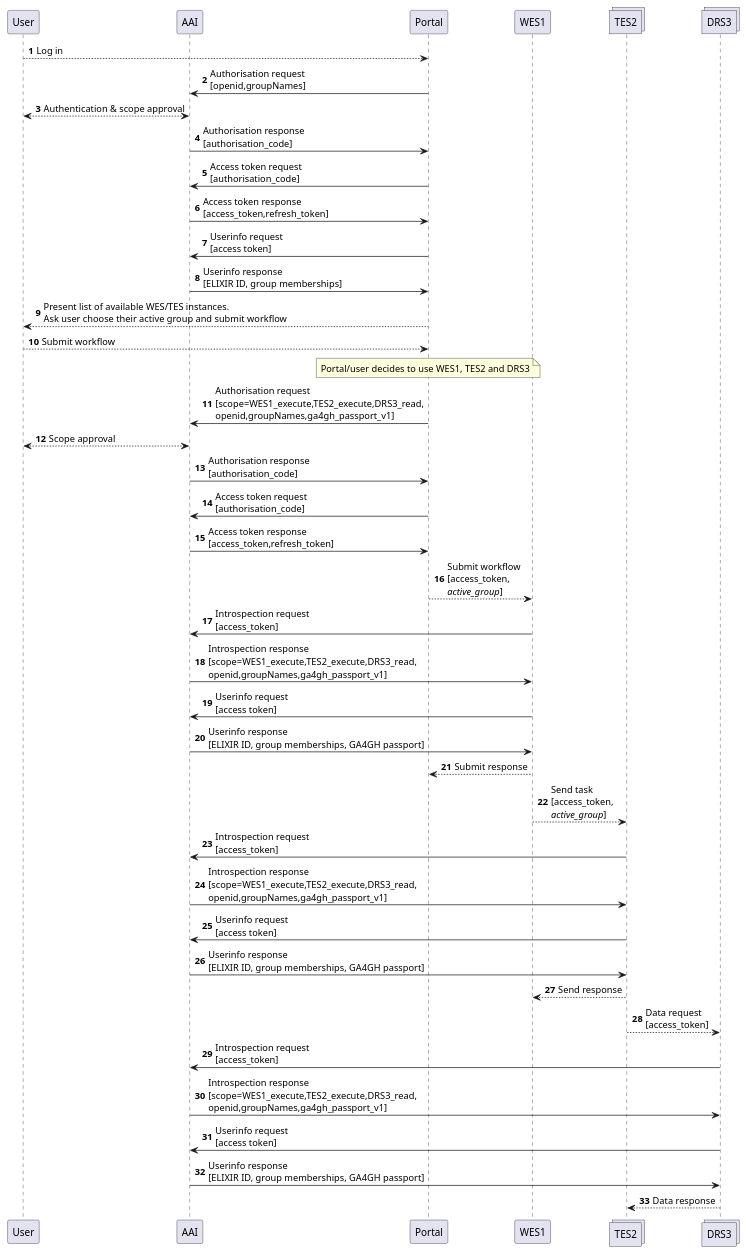
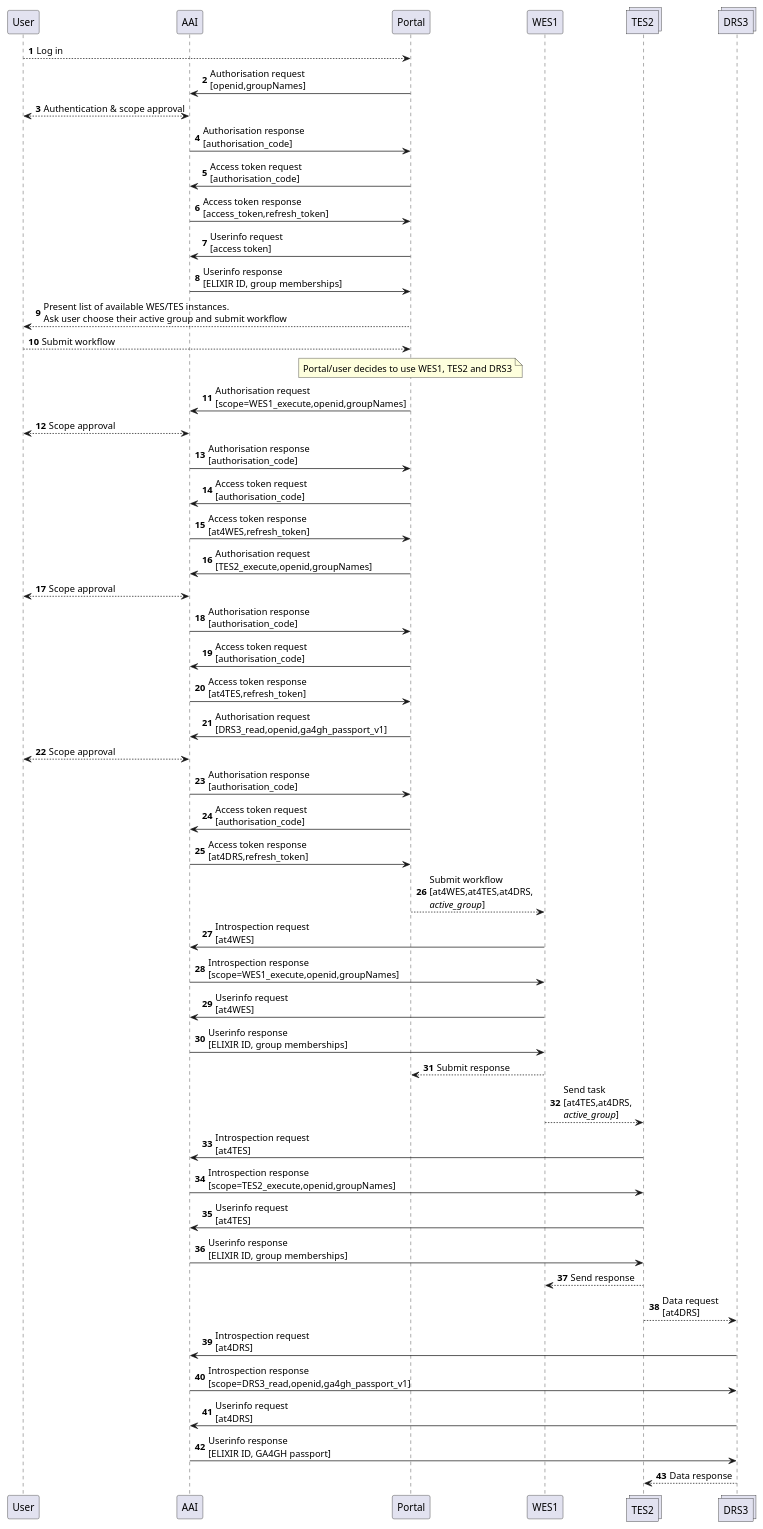
One commit to elixir-cloud-aai/elixir-aai-guidelines changed the third of 3 diagrams in guidelines.md. Above: the diagram before and after it, drawn with PlantUML. The commit also changed other lines of this file and 3 other files, not shown here.

````diff
--- a/guidelines.md
+++ b/guidelines.md
@@ -494,54 +509,67 @@
 ```plantuml
 @startuml
 participant User
 participant AAI
 participant Portal
 participant WES1
 collections TES2
 collections DRS3
 autonumber 1
 
 User --> Portal : Log in
 
 Portal -> AAI : Authorisation request\n[openid,groupNames]
 AAI <--> User : Authentication & scope approval
 AAI -> Portal : Authorisation response\n[authorisation_code]
 Portal -> AAI : Access token request\n[authorisation_code]
 AAI -> Portal : Access token response\n[access_token,refresh_token]
 Portal -> AAI : Userinfo request\n[access token]
 AAI -> Portal : Userinfo response\n[ELIXIR ID, group memberships]
 
 Portal --> User : Present list of available WES/TES instances.\nAsk user choose their active group and submit workflow
 User --> Portal : Submit workflow
 
 Note over Portal: Portal/user decides to use WES1, TES2 and DRS3
 
-Portal -> AAI : Authorisation request\n[scope=WES1_execute,TES2_execute,DRS3_read,\nopenid,groupNames,ga4gh_passport_v1]
+Portal -> AAI : Authorisation request\n[scope=WES1_execute,openid,groupNames]
 AAI <--> User : Scope approval
 AAI -> Portal : Authorisation response\n[authorisation_code]
 Portal -> AAI : Access token request\n[authorisation_code]
-AAI -> Portal : Access token response\n[access_token,refresh_token]
+AAI -> Portal : Access token response\n[at4WES,refresh_token]
 
-Portal --> WES1 : Submit workflow\n[access_token,\n<i>active_group</i>]
-WES1 -> AAI : Introspection request\n[access_token]
-AAI -> WES1 : Introspection response\n[scope=WES1_execute,TES2_execute,DRS3_read,\nopenid,groupNames,ga4gh_passport_v1]
-WES1 -> AAI : Userinfo request\n[access token]
-AAI -> WES1 : Userinfo response\n[ELIXIR ID, group memberships, GA4GH passport]
+Portal -> AAI : Authorisation request\n[TES2_execute,openid,groupNames]
+AAI <--> User : Scope approval
+AAI -> Portal : Authorisation response\n[authorisation_code]
+Portal -> AAI : Access token request\n[authorisation_code]
+AAI -> Portal : Access token response\n[at4TES,refresh_token]
+
+Portal -> AAI : Authorisation request\n[DRS3_read,openid,ga4gh_passport_v1]
+AAI <--> User : Scope approval
+AAI -> Portal : Authorisation response\n[authorisation_code]
+Portal -> AAI : Access token request\n[authorisation_code]
+AAI -> Portal : Access token response\n[at4DRS,refresh_token]
+
+
+Portal --> WES1 : Submit workflow\n[at4WES,at4TES,at4DRS,\n<i>active_group</i>]
+WES1 -> AAI : Introspection request\n[at4WES]
+AAI -> WES1 : Introspection response\n[scope=WES1_execute,openid,groupNames]
+WES1 -> AAI : Userinfo request\n[at4WES]
+AAI -> WES1 : Userinfo response\n[ELIXIR ID, group memberships]
 WES1 --> Portal : Submit response
 
-WES1 --> TES2: Send task\n[access_token,\n<i>active_group</i>]
-TES2 -> AAI : Introspection request\n[access_token]
-AAI -> TES2 : Introspection response\n[scope=WES1_execute,TES2_execute,DRS3_read,\nopenid,groupNames,ga4gh_passport_v1]
-TES2 -> AAI : Userinfo request\n[access token]
-AAI -> TES2 : Userinfo response\n[ELIXIR ID, group memberships, GA4GH passport]
+WES1 --> TES2: Send task\n[at4TES,at4DRS,\n<i>active_group</i>]
+TES2 -> AAI : Introspection request\n[at4TES]
+AAI -> TES2 : Introspection response\n[scope=TES2_execute,openid,groupNames]
+TES2 -> AAI : Userinfo request\n[at4TES]
+AAI -> TES2 : Userinfo response\n[ELIXIR ID, group memberships]
 TES2 --> WES1 : Send response
 
-TES2 --> DRS3 : Data request\n[access_token]
-DRS3 -> AAI : Introspection request\n[access_token]
-AAI -> DRS3: Introspection response\n[scope=WES1_execute,TES2_execute,DRS3_read,\nopenid,groupNames,ga4gh_passport_v1]
-DRS3 -> AAI : Userinfo request\n[access token]
-AAI -> DRS3 : Userinfo response\n[ELIXIR ID, group memberships, GA4GH passport]
+TES2 --> DRS3 : Data request\n[at4DRS]
+DRS3 -> AAI : Introspection request\n[at4DRS]
+AAI -> DRS3: Introspection response\n[scope=DRS3_read,openid,ga4gh_passport_v1]
+DRS3 -> AAI : Userinfo request\n[at4DRS]
+AAI -> DRS3 : Userinfo response\n[ELIXIR ID, GA4GH passport]
 
 DRS3 --> TES2 : Data response
 @enduml
 ```
````
